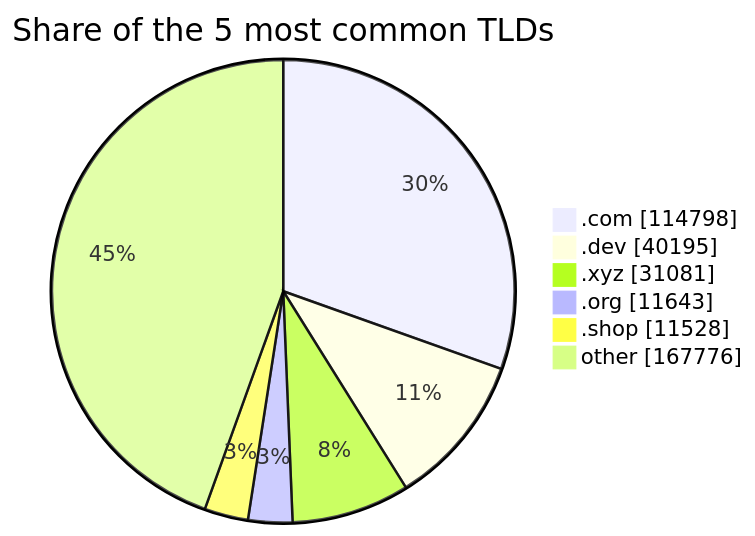
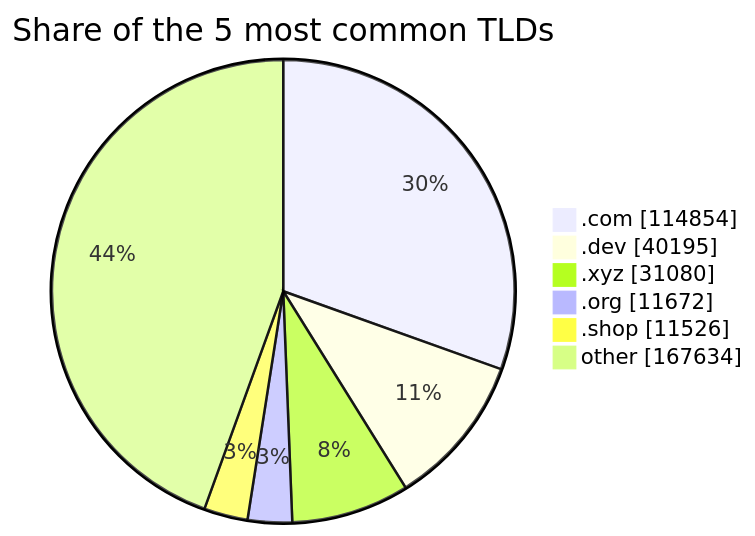
The third of 3 diagrams in README.md (DNSBunker/CTI), drawn with Mermaid before and after one commit. The commit also changed other lines of this file and 3 other files, not shown here.

````diff
--- a/README.md
+++ b/README.md
@@ -81,9 +81,9 @@
 ```mermaid
 pie showData title Share of the 5 most common TLDs
-    ".com" : 114798
+    ".com" : 114854
     ".dev" : 40195
-    ".xyz" : 31081
-    ".org" : 11643
-    ".shop" : 11528
-    "other" : 167776
+    ".xyz" : 31080
+    ".org" : 11672
+    ".shop" : 11526
+    "other" : 167634
 ```
````
